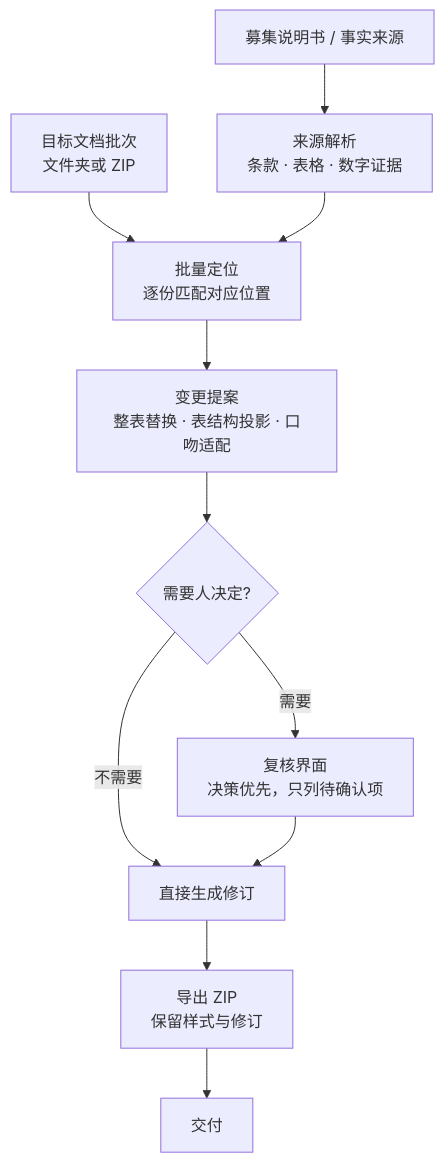
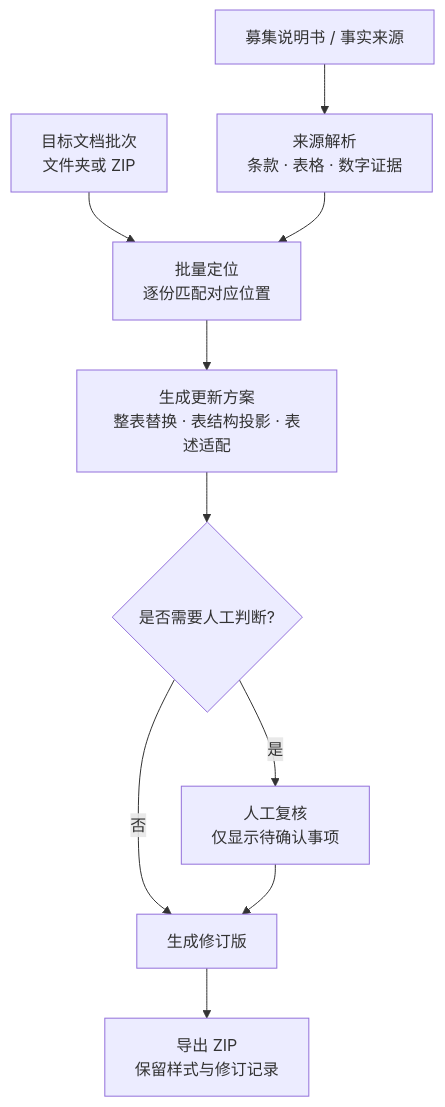
Before and after one commit to Simple-StayHungry/document-update-workbench: the diagram in README.md, drawn with Mermaid. The commit also changed other lines of this file, not shown here.

````diff
--- a/README.md
+++ b/README.md
@@ -37,13 +28,12 @@
 ```mermaid
 flowchart TD
     A["募集说明书 / 事实来源"] --> C["来源解析<br/>条款 · 表格 · 数字证据"]
     B["目标文档批次<br/>文件夹或 ZIP"] --> D["批量定位<br/>逐份匹配对应位置"]
     C --> D
-    D --> E["变更提案<br/>整表替换 · 表结构投影 · 口吻适配"]
-    E --> F{"需要人决定?"}
-    F -- "不需要" --> H["直接生成修订"]
-    F -- "需要" --> G["复核界面<br/>决策优先，只列待确认项"]
+    D --> E["生成更新方案<br/>整表替换 · 表结构投影 · 表述适配"]
+    E --> F{"是否需要人工判断?"}
+    F -- "否" --> H["生成修订版"]
+    F -- "是" --> G["人工复核<br/>仅显示待确认事项"]
     G --> H
-    H --> I["导出 ZIP<br/>保留样式与修订"]
-    I --> J["交付"]
+    H --> I["导出 ZIP<br/>保留样式与修订记录"]
 ```
````
